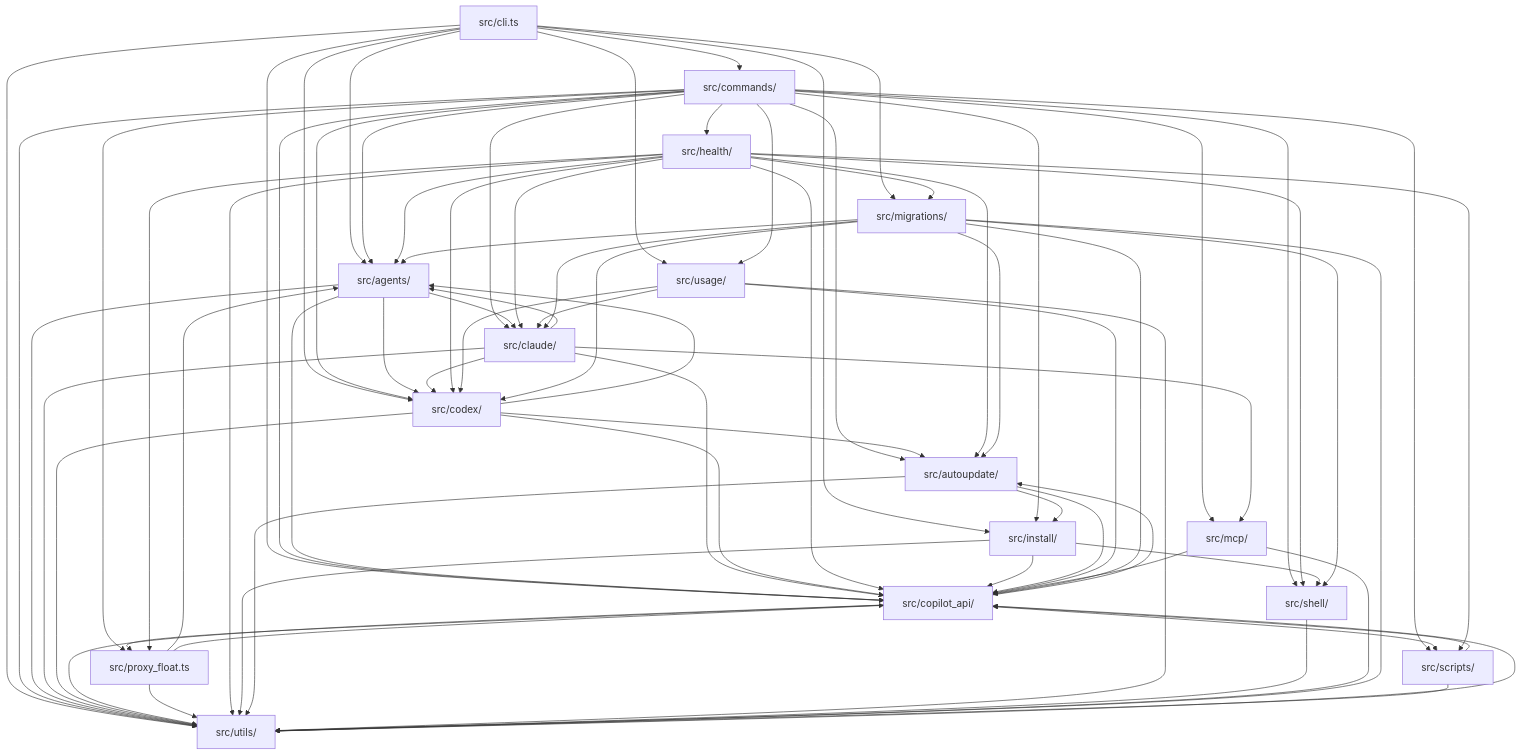
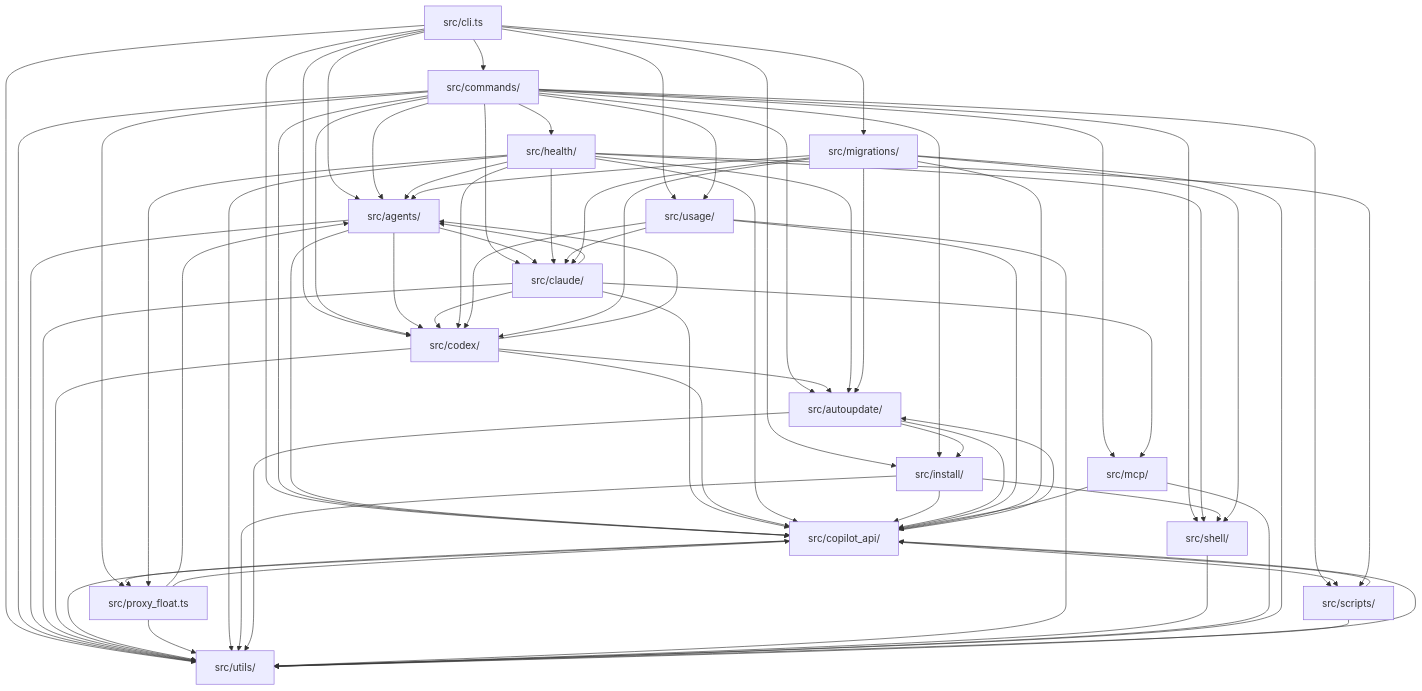
The eighth of 8 diagrams in docs/architecture.md (Vivswan/copilot-env), drawn with Mermaid before and after one commit. The commit also changed 18 other files, not shown here.

```diff
--- a/docs/architecture.md
+++ b/docs/architecture.md
@@ -359,7 +359,6 @@
   health --> claude
   health --> codex
   health --> copilot_api
-  health --> migrations
   health --> proxy_float
   health --> scripts
   health --> shell
```
